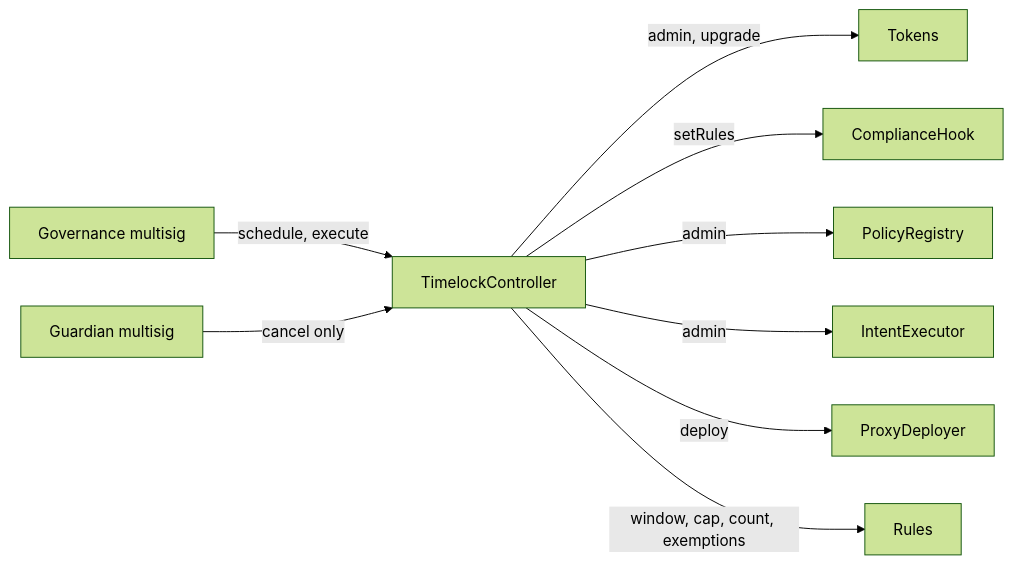
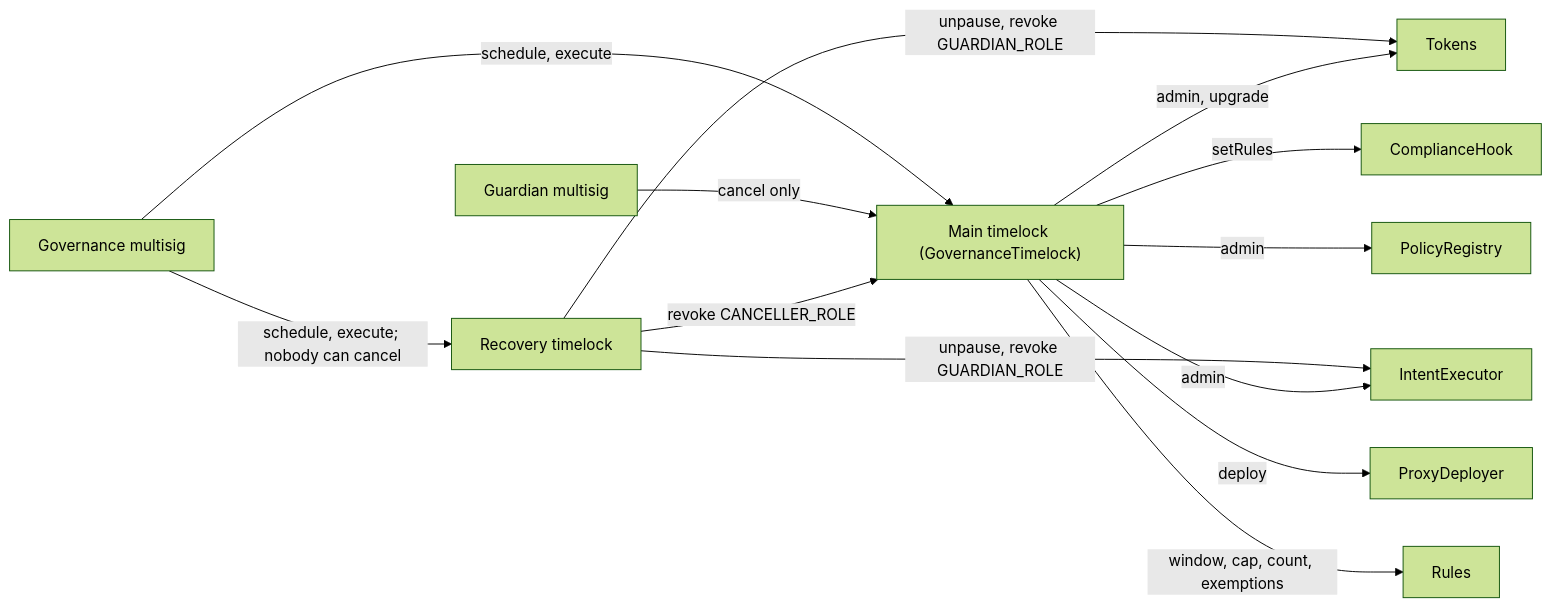
The first of 2 diagrams in docs/roles.md (fepvenancio/rwa-token), drawn with Mermaid (forest theme) before and after one commit. The commit also changed other lines of this file and 7 other files, not shown here.

Commit message:
docs: guides updated for v0.2.0 (recovery timelock, plain-transfer rejects, claim-time checks, recoverClaimable, full-delegate operators)

````diff
--- a/docs/roles.md
+++ b/docs/roles.md
@@ -43,11 +46,15 @@
 ```mermaid
 flowchart LR
-  Gov["Governance multisig"] -->|"schedule, execute"| TL["TimelockController"]
+  Gov["Governance multisig"] -->|"schedule, execute"| TL["Main timelock (GovernanceTimelock)"]
   Guard["Guardian multisig"] -->|"cancel only"| TL
+  Gov -->|"schedule, execute; nobody can cancel"| RT["Recovery timelock"]
+  RT -->|"unpause, revoke GUARDIAN_ROLE"| Tokens
+  RT -->|"unpause, revoke GUARDIAN_ROLE"| Exec
+  RT -->|"revoke CANCELLER_ROLE"| TL
   TL -->|"admin, upgrade"| Tokens["Tokens"]
   TL -->|"setRules"| Hook["ComplianceHook"]
   TL -->|"admin"| Reg["PolicyRegistry"]
   TL -->|"admin"| Exec["IntentExecutor"]
   TL -->|"deploy"| PD["ProxyDeployer"]
   TL -->|"window, cap, count, exemptions"| Rules["Rules"]
 ```
````
